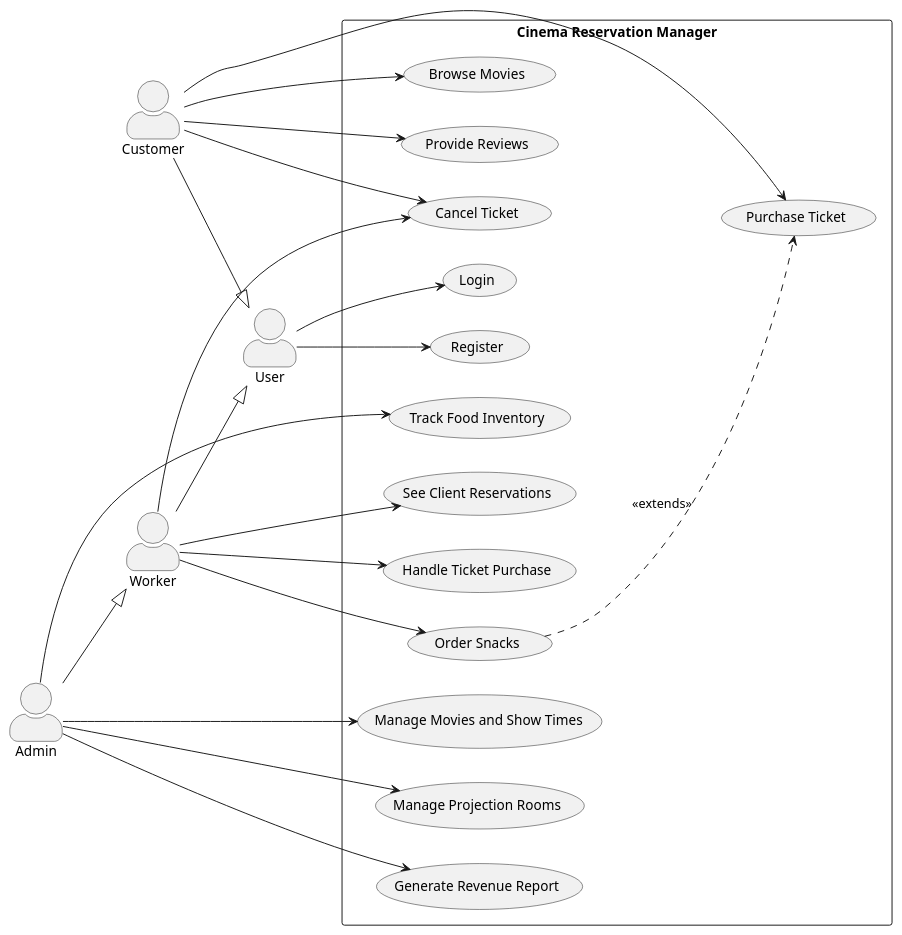
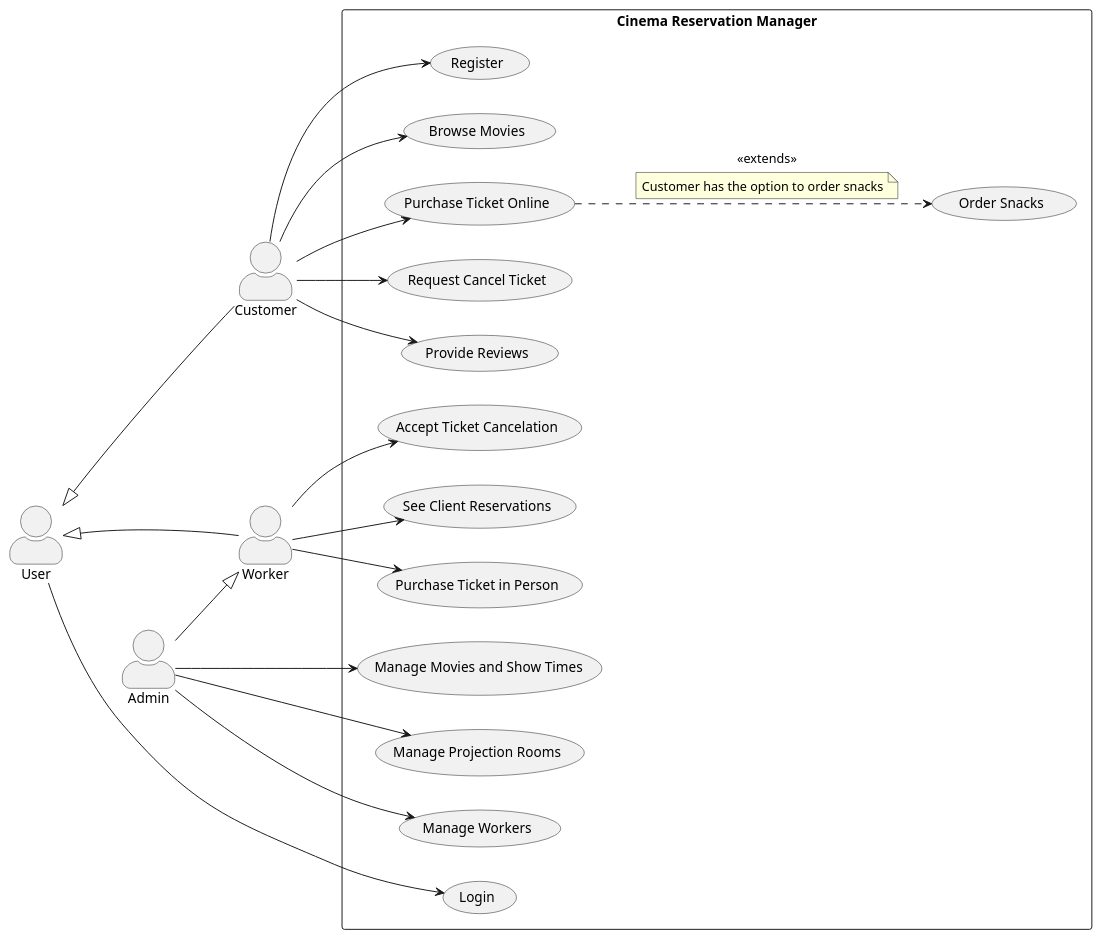
The diagram in docs/UseCaseDiagram.puml (BenatErzibengoa/Cinema-app), drawn with PlantUML before and after one commit. The commit also changed 1 other file, not shown here.

Commit message:
Correct the use case diagram and delete the wrong one

```diff
--- a/docs/UseCaseDiagram.puml
+++ b/docs/UseCaseDiagram.puml
@@ -1,48 +1,64 @@
 @startuml
 skinparam actorStyle awesome
 left to right direction
 
-actor User
+' Define all actors
+actor User as U
 actor Customer
 actor Worker
 actor Admin
 
-Customer --|> User
-Worker --|> User
+' Move "User" behind other actors
+U -[hidden]-> Customer
+U -[hidden]-> Worker
+U -[hidden]-> Admin
+
+' Define generalizations
+Customer --|> U
+Worker --|> U
 Admin --|> Worker
 
 rectangle "Cinema Reservation Manager" {
     (Register) as UC1
     (Login) as UC2
     (Browse Movies) as UC3
-    (Purchase Ticket) as UC4
+    (Purchase Ticket Online) as UC4
     (Order Snacks) as UC5
-    (Cancel Ticket) as UC6
+    (Request Cancel Ticket) as UC6
+    (Accept Ticket Cancelation) as UC15
     (Provide Reviews) as UC7
     (See Client Reservations) as UC8
     (Manage Movies and Show Times) as UC10
     (Manage Projection Rooms) as UC11
-    (Generate Revenue Report) as UC12
-    (Track Food Inventory) as UC13
-    (Handle Ticket Purchase) as UC14
+   ' (Generate Revenue Report) as UC12
+    (Manage Workers) as UC13
+    (Purchase Ticket in Person) as UC14
 
-    User --> UC1
-    User --> UC2
+    ' User interactions
+    U --> UC2
 
+    ' Customer interactions
+    Customer --> UC1
+    Customer --> UC3
+    Customer --> UC4
     Customer --> UC6
     Customer --> UC7
-    Customer --> UC3
-    Customer --> UC4
 
-    Worker --> UC6
+    ' Worker interactions
     Worker --> UC8
-    Worker --> UC5
     Worker --> UC14
-    UC5 ..> UC4 : <<extends>>
+    Worker --> UC15
 
+    ' Extend relationship for ordering snacks
+    UC4 ..> UC5 : <<extends>>
+    note on link
+       Customer has the option to order snacks
+    end note
+
+    ' Admin interactions
     Admin --> UC10
     Admin --> UC11
-    Admin --> UC12
+ '   Admin --> UC12
     Admin --> UC13
 }
 @enduml
```
